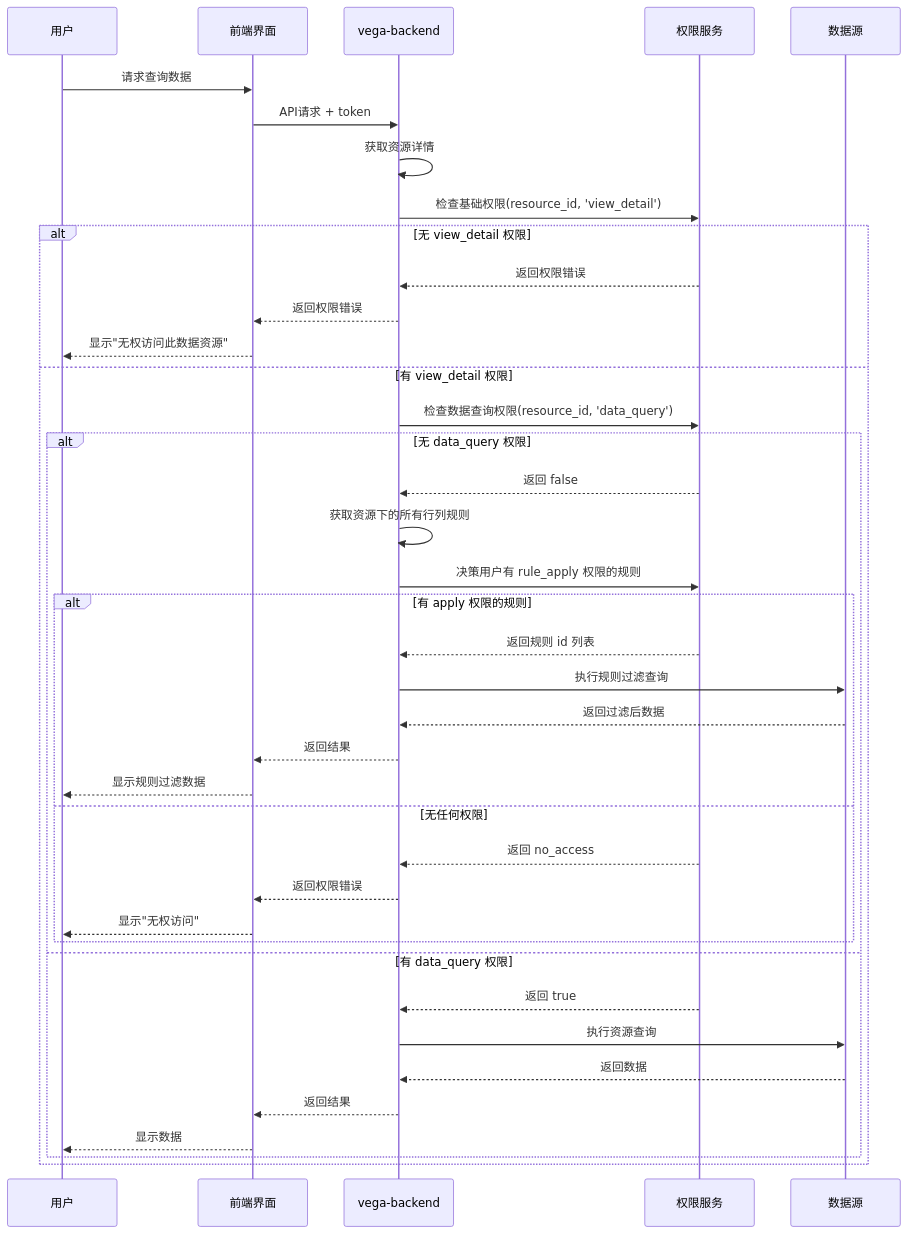
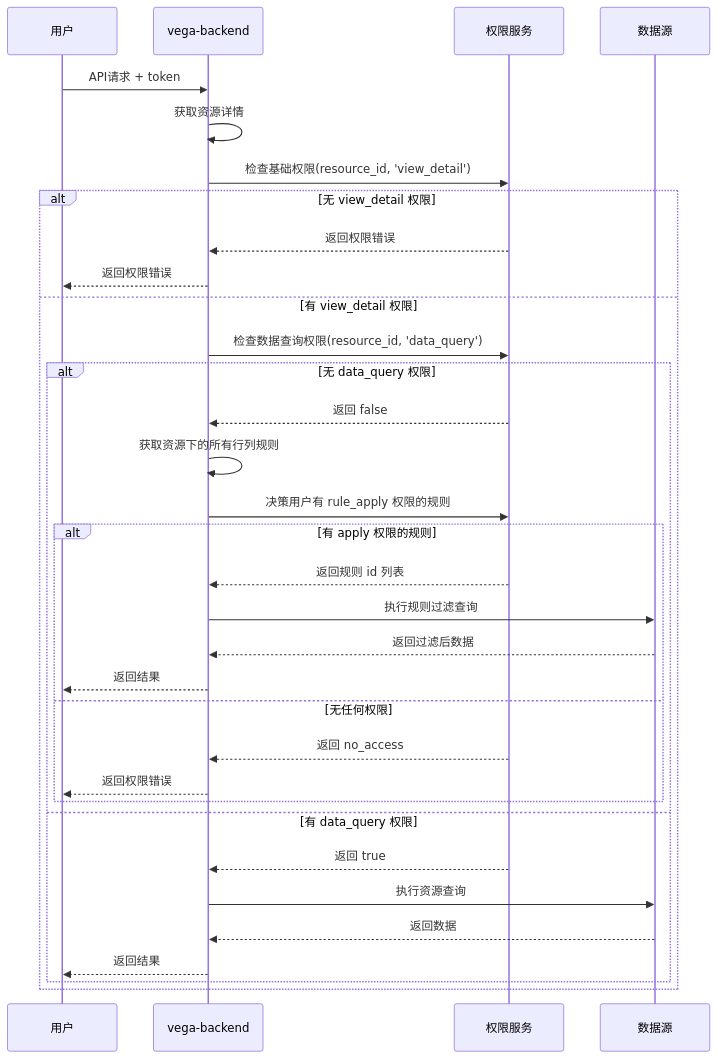
The second of 2 diagrams in adp/docs/design/vega/features/vega-backend/VEGA_Part9_RowColumnRule.md (kweaver-ai/kweaver-core), drawn with Mermaid before and after one commit.

Commit message:
docs(vega-backend): 更新行列表规则文档中的序列图

````diff
--- a/adp/docs/design/vega/features/vega-backend/VEGA_Part9_RowColumnRule.md
+++ b/adp/docs/design/vega/features/vega-backend/VEGA_Part9_RowColumnRule.md
@@ -453,45 +453,39 @@
 ```mermaid
 sequenceDiagram
     participant 用户
-    participant 前端界面
     participant vega-backend
     participant 权限服务
     participant 数据源
 
-    用户->>前端界面: 请求查询数据
-    前端界面->>vega-backend: API请求 + token
+    用户->>vega-backend: API请求 + token
     vega-backend->>vega-backend: 获取资源详情
     vega-backend->>权限服务: 检查基础权限(resource_id, 'view_detail')
     
     alt 无 view_detail 权限
         权限服务-->>vega-backend: 返回权限错误
-        vega-backend-->>前端界面: 返回权限错误
-        前端界面-->>用户: 显示"无权访问此数据资源"
+        vega-backend-->>用户: 返回权限错误
     else 有 view_detail 权限
         vega-backend->>权限服务: 检查数据查询权限(resource_id, 'data_query')
         
         alt 无 data_query 权限
             权限服务-->>vega-backend: 返回 false
             vega-backend->>vega-backend: 获取资源下的所有行列规则
             vega-backend->>权限服务: 决策用户有 rule_apply 权限的规则
             
             alt 有 apply 权限的规则
                 权限服务-->>vega-backend: 返回规则 id 列表
                 vega-backend->>数据源: 执行规则过滤查询
                 数据源-->>vega-backend: 返回过滤后数据
-                vega-backend-->>前端界面: 返回结果
-                前端界面-->>用户: 显示规则过滤数据
+                vega-backend-->>用户: 返回结果
             else 无任何权限
                 权限服务-->>vega-backend: 返回 no_access
-                vega-backend-->>前端界面: 返回权限错误
-                前端界面-->>用户: 显示"无权访问"
+                vega-backend-->>用户: 返回权限错误
             end
         else 有 data_query 权限
             权限服务-->>vega-backend: 返回 true
             vega-backend->>数据源: 执行资源查询
             数据源-->>vega-backend: 返回数据
-            vega-backend-->>前端界面: 返回结果
-            前端界面-->>用户: 显示数据
+            vega-backend-->>用户: 返回结果
         end
     end
 ```
````
